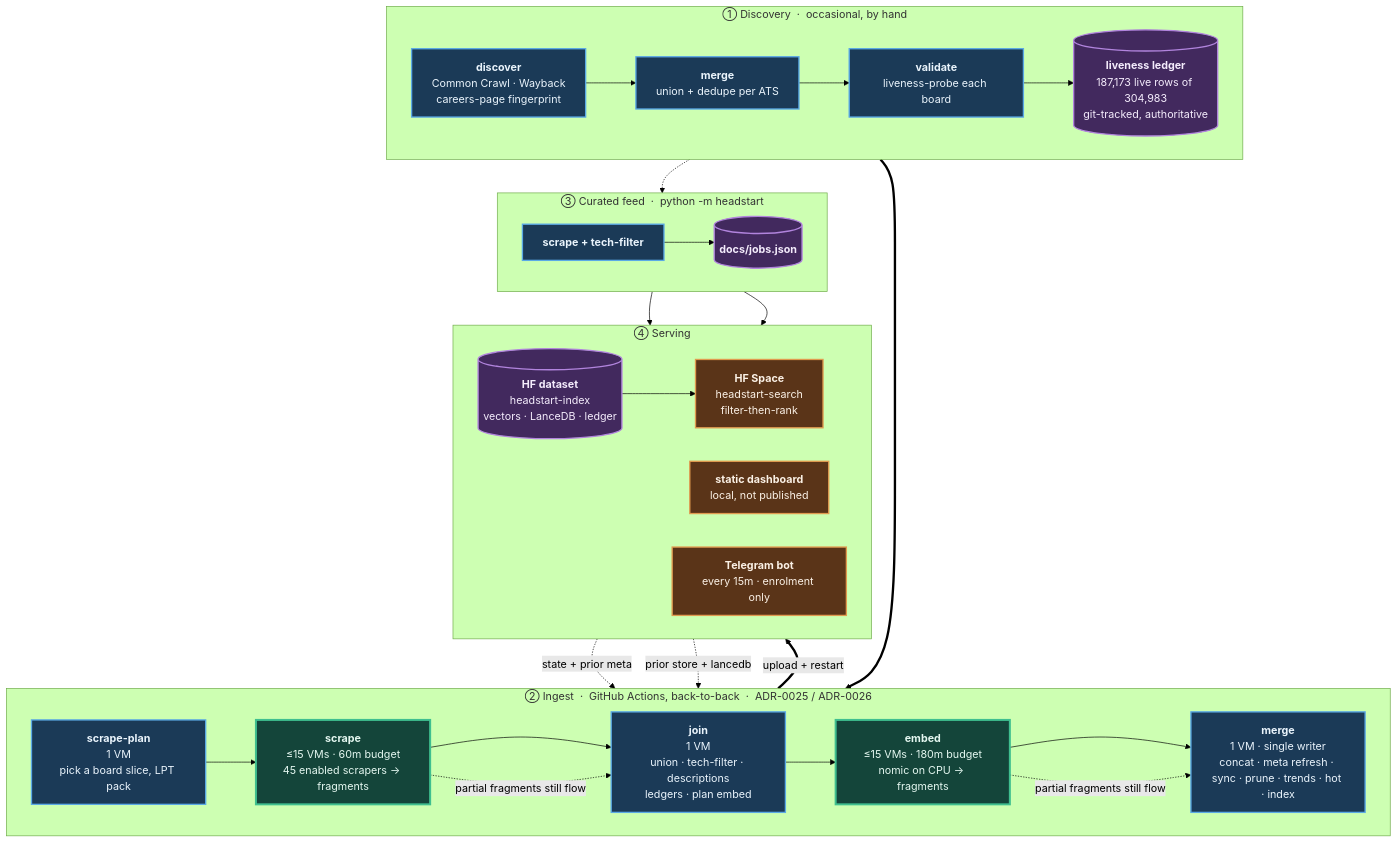
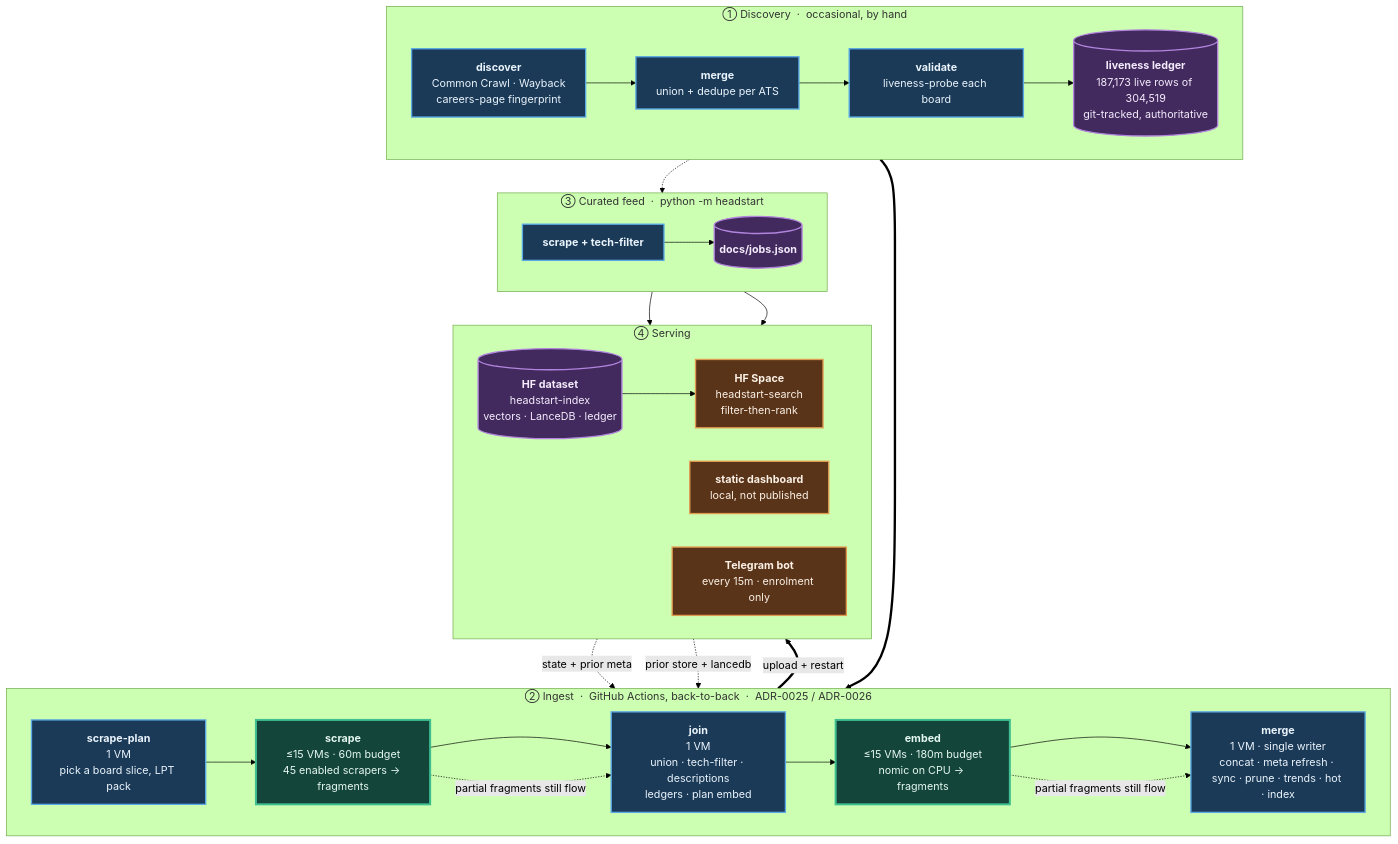
One commit to sarthakjain004/headstart changed the diagram in README.md. Above: the diagram before and after it, drawn with Mermaid (forest theme). The commit also changed other lines of this file and 3 other files, not shown here.

First line of the commit message:
Drop Oracle's 464 bare-label ledger rows

````diff
--- a/README.md
+++ b/README.md
@@ -174,56 +174,56 @@
 ```mermaid
 flowchart TB
     subgraph D["① Discovery &nbsp;·&nbsp; occasional, by hand"]
         direction LR
         D1["<b>discover</b><br/>Common Crawl · Wayback<br/>careers-page fingerprint"]
         D2["<b>merge</b><br/>union + dedupe per ATS"]
         D3["<b>validate</b><br/>liveness-probe each board"]
-        D4[("<b>liveness ledger</b><br/>187,173 live rows of 304,983<br/>git-tracked, authoritative")]
+        D4[("<b>liveness ledger</b><br/>187,173 live rows of 304,519<br/>git-tracked, authoritative")]
         D1 --> D2 --> D3 --> D4
     end
 
     subgraph P["② Ingest &nbsp;·&nbsp; GitHub Actions, back-to-back &nbsp;·&nbsp; ADR-0025 / ADR-0026"]
         direction LR
         P1["<b>scrape-plan</b><br/>1 VM<br/>pick a board slice, LPT pack"]
         P2["<b>scrape</b><br/>≤15 VMs · 60m budget<br/>45 enabled scrapers → fragments"]
         P3["<b>join</b><br/>1 VM<br/>union · tech-filter · descriptions<br/>ledgers · plan embed"]
         P4["<b>embed</b><br/>≤15 VMs · 180m budget<br/>nomic on CPU → fragments"]
         P5["<b>merge</b><br/>1 VM · single writer<br/>concat · meta refresh · sync · prune · trends · hot · index"]
         P1 --> P2 --> P3 --> P4 --> P5
     end
 
     subgraph F["③ Curated feed &nbsp;·&nbsp; python -m headstart"]
         direction LR
         F1["<b>scrape + tech-filter</b>"]
         F2[("<b>docs/jobs.json</b>")]
         F1 --> F2
     end
 
     subgraph S["④ Serving"]
         direction LR
         S1[("<b>HF dataset</b><br/>headstart-index<br/>vectors · LanceDB · ledger")]
         S2["<b>HF Space</b><br/>headstart-search<br/>filter-then-rank"]
         S3["<b>static dashboard</b><br/>local, not published"]
         S4["<b>Telegram bot</b><br/>every 15m · enrolment only"]
         S1 --> S2
     end
 
     D4 ==> P1
     S1 -. "state + prior meta" .-> P1
     S1 -. "prior store + lancedb" .-> P5
     D4 -.-> F1
     P5 ==>|"upload + restart"| S1
     F2 --> S3
     F2 --> S4
     P2 -. "partial fragments still flow" .-> P3
     P4 -. "partial fragments still flow" .-> P5
 
     classDef serial fill:#1b3a57,stroke:#5aa9e6,stroke-width:2px,color:#eaf4fc
     classDef fan fill:#14453a,stroke:#3fbf8f,stroke-width:3px,color:#e4f7f0
     classDef store fill:#42295e,stroke:#b184dd,stroke-width:2px,color:#f4ecfc
     classDef serve fill:#5a3418,stroke:#e09a4f,stroke-width:2px,color:#fbf1e6
     class D1,D2,D3,P1,P3,P5,F1 serial
     class P2,P4 fan
     class D4,F2,S1 store
     class S2,S3,S4 serve
 ```
````
